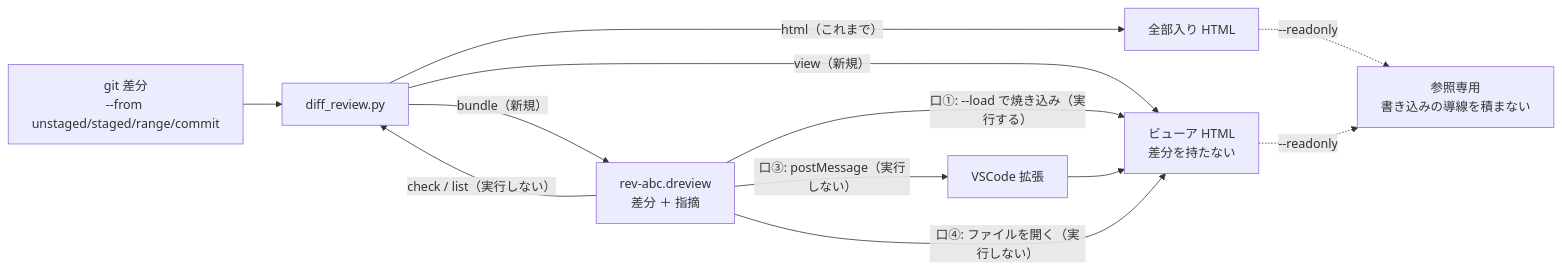
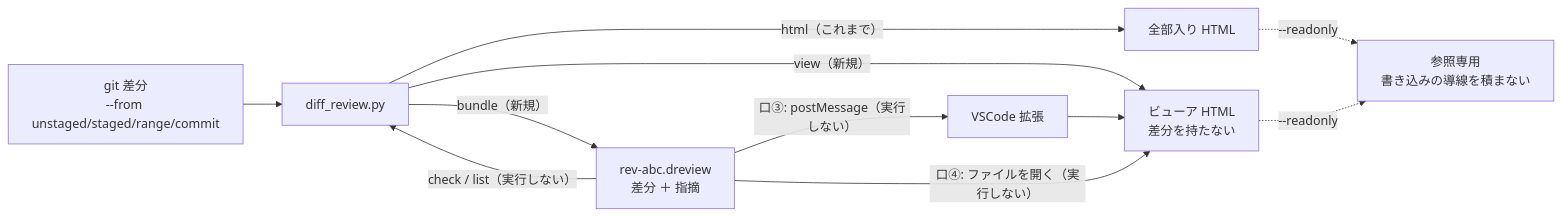
The diagram in .aidev/works/20260916-diff-review-bundle/walkthrough.md (asaomaro/public_docs), drawn with Mermaid before and after one commit. The commit also changed other lines of this file and 11 other files, not shown here.

````diff
--- a/.aidev/works/20260916-diff-review-bundle/walkthrough.md
+++ b/.aidev/works/20260916-diff-review-bundle/walkthrough.md
@@ -11,13 +11,12 @@
 ```mermaid
 flowchart LR
   G["git 差分<br/>--from unstaged/staged/range/commit"] --> CLI["diff_review.py"]
   CLI -->|"html（これまで）"| H["全部入り HTML"]
   CLI -->|"bundle（新規）"| B["rev-abc.dreview<br/>差分 ＋ 指摘"]
   CLI -->|"view（新規）"| V["ビューア HTML<br/>差分を持たない"]
-  B -->|"口①: --load で焼き込み（実行する）"| V
   B -->|"口③: postMessage（実行しない）"| EXT["VSCode 拡張"] --> V
   B -->|"口④: ファイルを開く（実行しない）"| V
   B -->|"check / list（実行しない）"| CLI
   H -.->|"--readonly"| RO["参照専用<br/>書き込みの導線を積まない"]
   V -.->|"--readonly"| RO
 ```
````
